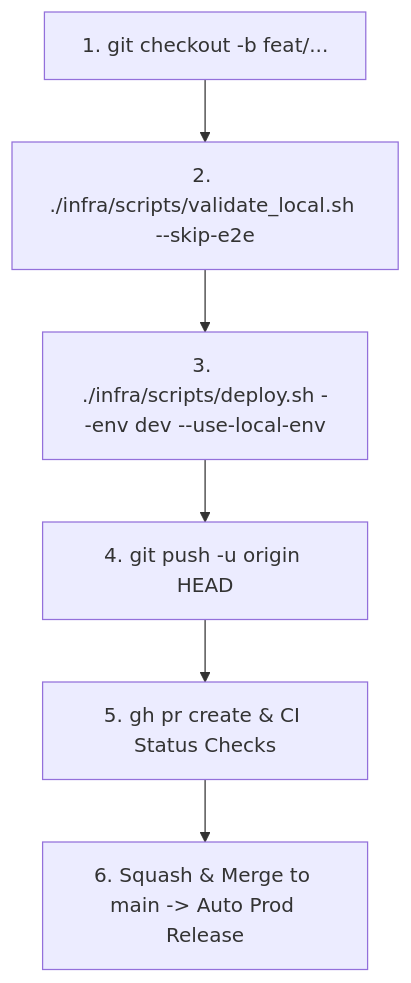
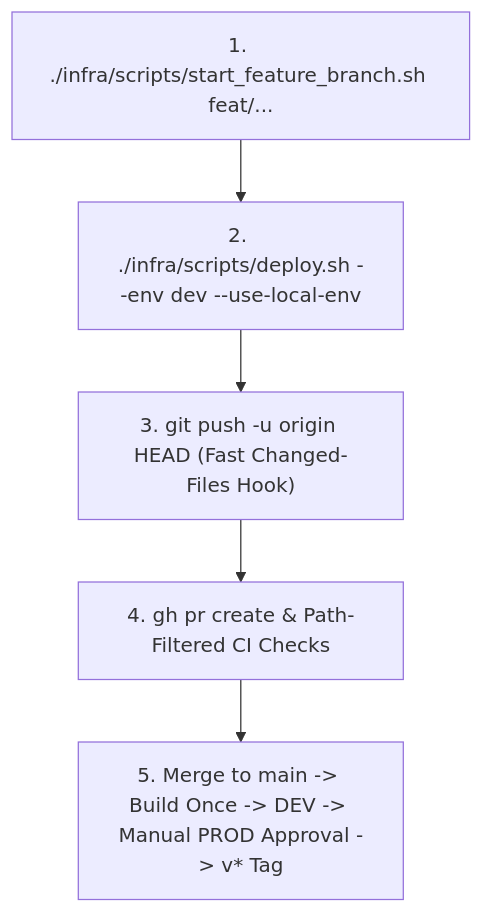
The diagram in CHEATSHEET.md (venkatesh-singamsetty/cricscore), drawn with Mermaid before and after one commit. The commit also changed 57 other files, not shown here.

First line of the commit message:
feat(cicd): immutable 2-env promotion, post-prod SemVer releases, tag rollback, and drift fix (#369)

````diff
--- a/CHEATSHEET.md
+++ b/CHEATSHEET.md
@@ -47,8 +47,7 @@
 ```mermaid
 flowchart TD
-    A["1. git checkout -b feat/..."] --> B["2. ./infra/scripts/validate_local.sh --skip-e2e"]
-    B --> C["3. ./infra/scripts/deploy.sh --env dev --use-local-env"]
-    C --> D["4. git push -u origin HEAD"]
-    D --> E["5. gh pr create & CI Status Checks"]
-    E --> F["6. Squash & Merge to main -> Auto Prod Release"]
+    A["1. ./infra/scripts/start_feature_branch.sh feat/..."] --> B["2. ./infra/scripts/deploy.sh --env dev --use-local-env"]
+    B --> C["3. git push -u origin HEAD (Fast Changed-Files Hook)"]
+    C --> D["4. gh pr create & Path-Filtered CI Checks"]
+    D --> E["5. Merge to main -> Build Once -> DEV -> Manual PROD Approval -> v* Tag"]
 ```
````
